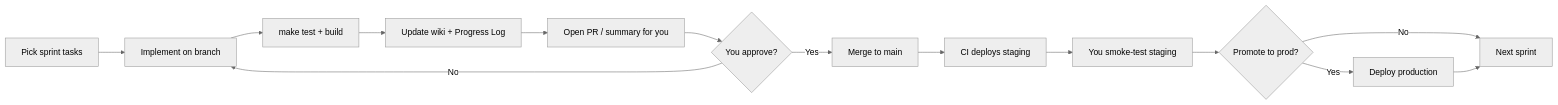
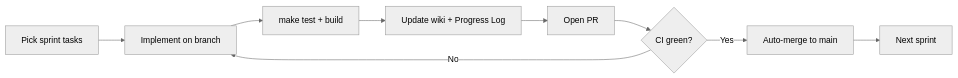
The diagram in docs/wiki/Development-Pipeline.md (sadiawaseem4487-create/perspective-lab), drawn with Mermaid (neutral theme) before and after one commit. The commit also changed other lines of this file and 3 other files, not shown here.

First line of the commit message:
Add auto-merge workflow for sprint PRs when CI passes.

````diff
--- a/docs/wiki/Development-Pipeline.md
+++ b/docs/wiki/Development-Pipeline.md
@@ -29,16 +29,11 @@
 ```mermaid
 flowchart LR
   A[Pick sprint tasks] --> B[Implement on branch]
   B --> C[make test + build]
   C --> D[Update wiki + Progress Log]
-  D --> E[Open PR / summary for you]
-  E --> F{You approve?}
-  F -->|Yes| G[Merge to main]
+  D --> E[Open PR]
+  E --> F{CI green?}
+  F -->|Yes| G[Auto-merge to main]
   F -->|No| B
-  G --> H[CI deploys staging]
-  H --> I[You smoke-test staging]
-  I --> J{Promote to prod?}
-  J -->|Yes| K[Deploy production]
-  J -->|No| L[Next sprint]
-  K --> L
+  G --> L[Next sprint]
 ```
````
